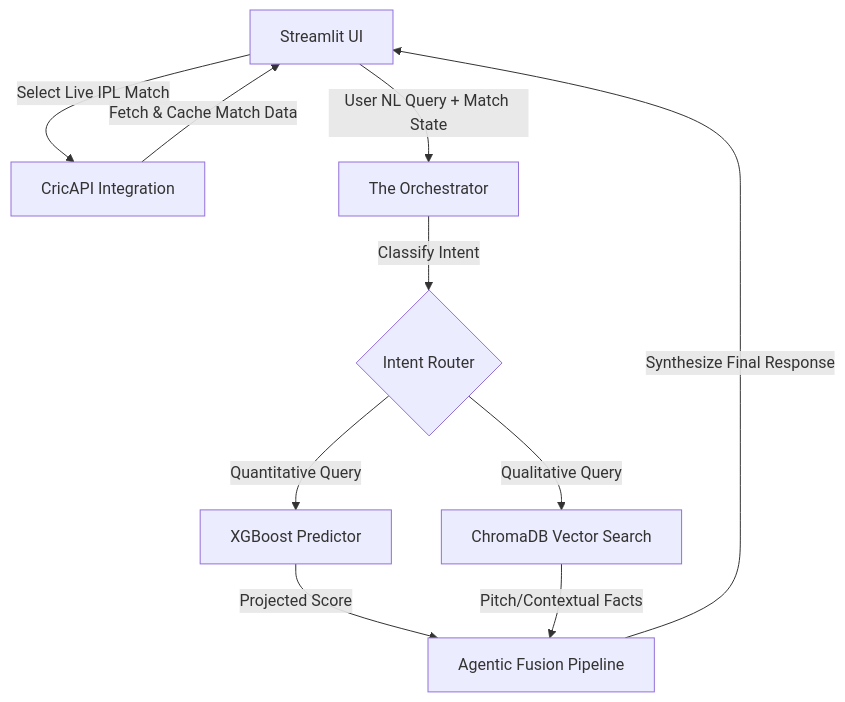
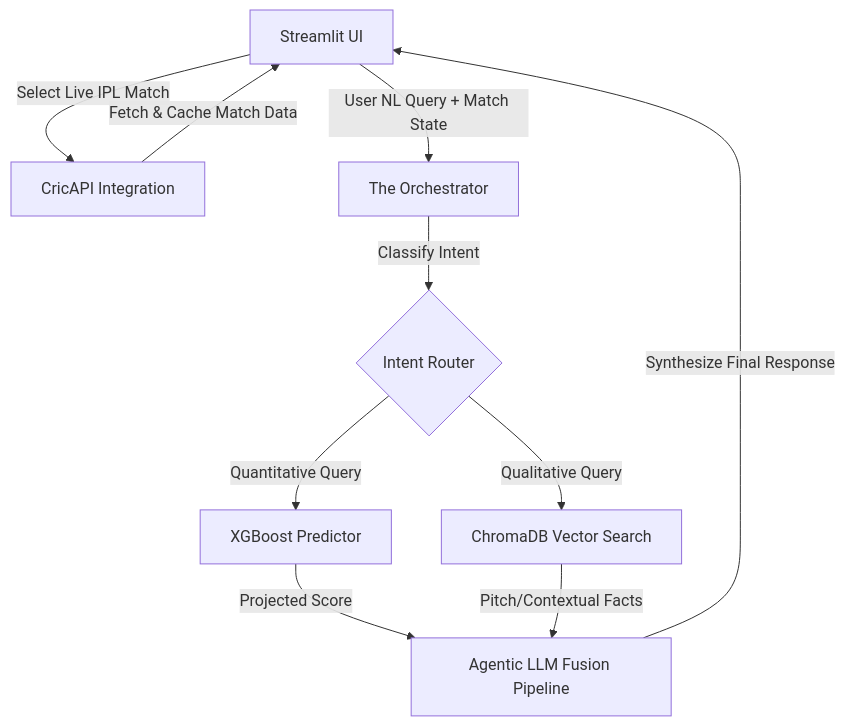
The diagram in README.md (VedMungra/cricRAG-analytical-Engine), drawn with Mermaid before and after one commit. The commit also changed other lines of this file and 3 other files, not shown here.

````diff
--- a/README.md
+++ b/README.md
@@ -38,15 +39,15 @@
 ```mermaid
 graph TD
     A[Streamlit UI] -->|Select Live IPL Match| B[CricAPI Integration]
     B -->|Fetch & Cache Match Data| A
     A -->|User NL Query + Match State| C[The Orchestrator]
     C -->|Classify Intent| D{Intent Router}
     
     D -->|Quantitative Query| E[XGBoost Predictor]
     D -->|Qualitative Query| F[ChromaDB Vector Search]
     
-    E -->|Projected Score| G[Agentic Fusion Pipeline]
+    E -->|Projected Score| G[Agentic LLM Fusion Pipeline]
     F -->|Pitch/Contextual Facts| G
     
     G -->|Synthesize Final Response| A
 ```
````
